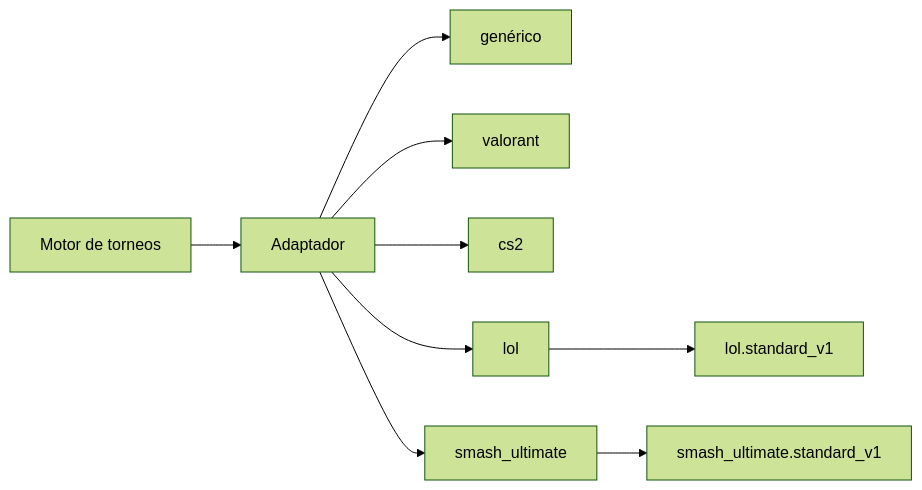
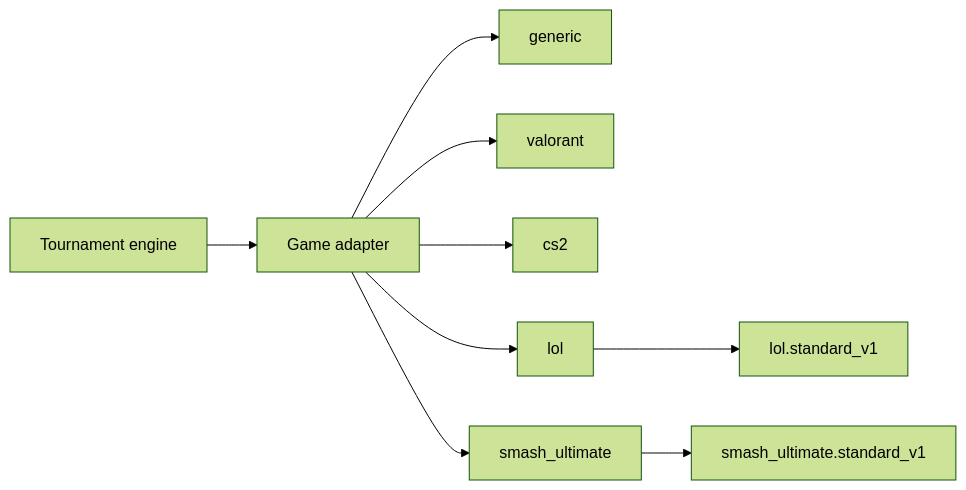
The diagram in docs/GAME_ADAPTERS.md (Dieguezar/opentournament), drawn with Mermaid (forest theme) before and after one commit. The commit also changed other lines of this file and 16 other files, not shown here.

Commit message:
docs(architecture): align English technical reference

````diff
--- a/docs/GAME_ADAPTERS.md
+++ b/docs/GAME_ADAPTERS.md
@@ -7,11 +7,11 @@
 ```mermaid
 flowchart LR
-  Engine[Motor de torneos] --> Adapter[Adaptador]
-  Adapter --> Generic[genérico]
+  Engine[Tournament engine] --> Adapter[Game adapter]
+  Adapter --> Generic[generic]
   Adapter --> Valorant[valorant]
   Adapter --> CS2[cs2]
   Adapter --> LoL[lol]
   Adapter --> Smash[smash_ultimate]
-  Smash --> Template[smash_ultimate.standard_v1]
+  Smash --> SmashTemplate[smash_ultimate.standard_v1]
   LoL --> LoLTemplate[lol.standard_v1]
 ```
````
